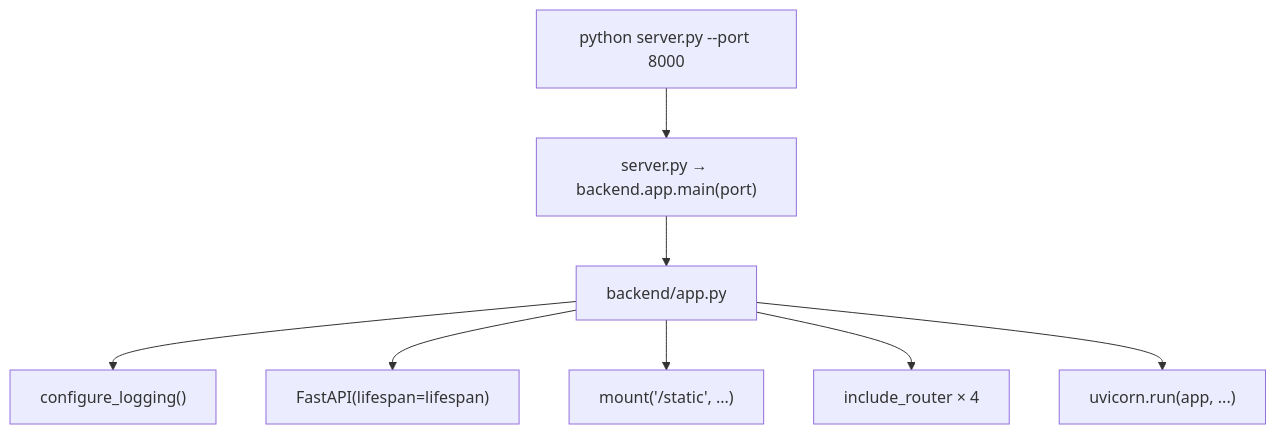
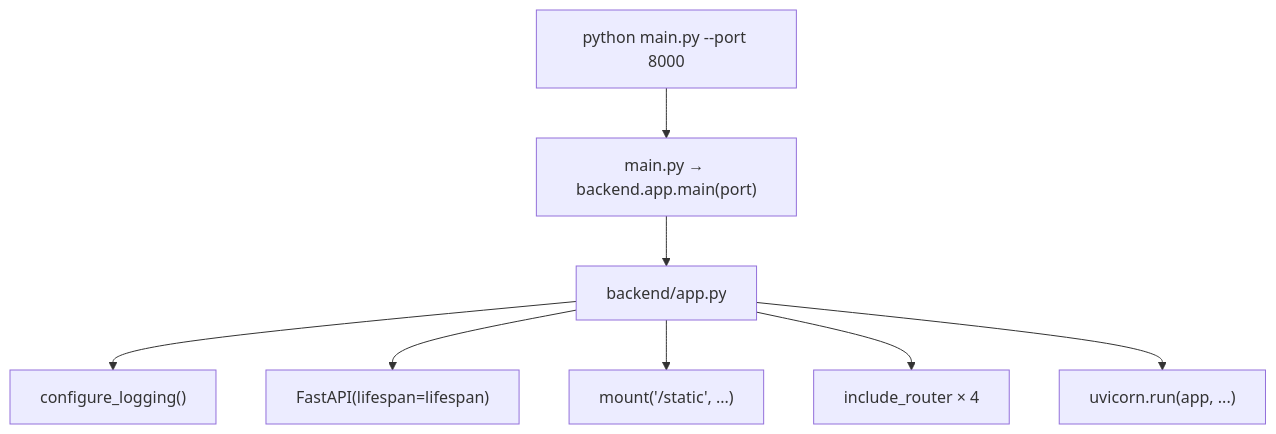
The third of 16 diagrams in docs/backend_tech_guide.md (tuisemo/crawler-pipeline-builder), drawn with Mermaid before and after one commit. The commit also changed 5 other files, not shown here.

Commit message:
refactor: rename server.py to main.py as standard Python entry point

````diff
--- a/docs/backend_tech_guide.md
+++ b/docs/backend_tech_guide.md
@@ -199,10 +199,10 @@
 ```mermaid
 flowchart TD
-    CMD["python server.py --port 8000"] --> MAIN["server.py → backend.app.main(port)"]
+    CMD["python main.py --port 8000"] --> MAIN["main.py → backend.app.main(port)"]
     MAIN --> APP["backend/app.py"]
     APP --> LOG["configure_logging()"]
     APP --> FAPI["FastAPI(lifespan=lifespan)"]
     APP --> MOUNT["mount('/static', ...)"]
     APP --> ROUTER["include_router × 4"]
     APP --> UVICORN["uvicorn.run(app, ...)"]
 ```
````
